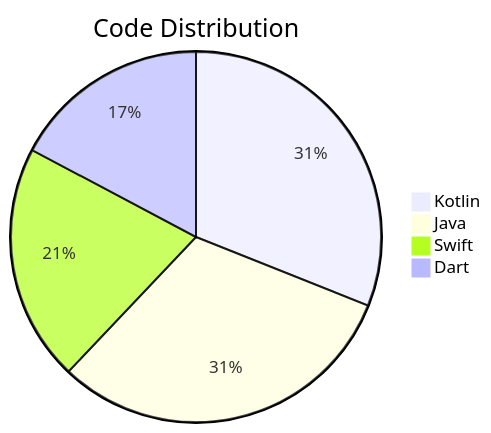
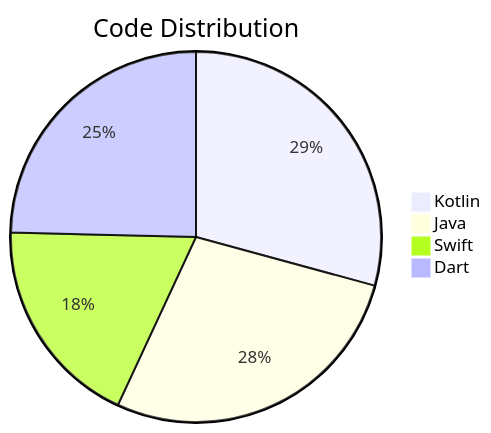
Before and after one commit to Youssef-Abdelkader/Youssef-Abdelkader: the diagram in README.md, drawn with Mermaid.

````diff
--- a/README.md
+++ b/README.md
@@ -87,8 +87,8 @@
 ```mermaid
 pie
     title Code Distribution
-    "Kotlin" : 90
+    "Kotlin" : 95
     "Java" : 90
     "Swift" : 60
-    "Dart" : 50
+    "Dart" : 80
 ```
````
